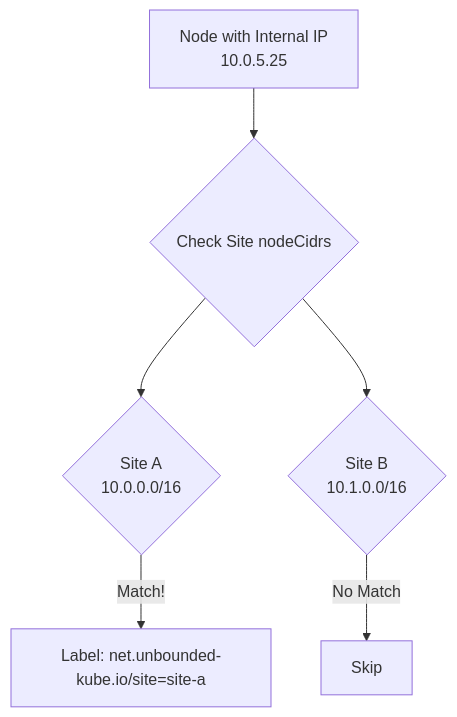
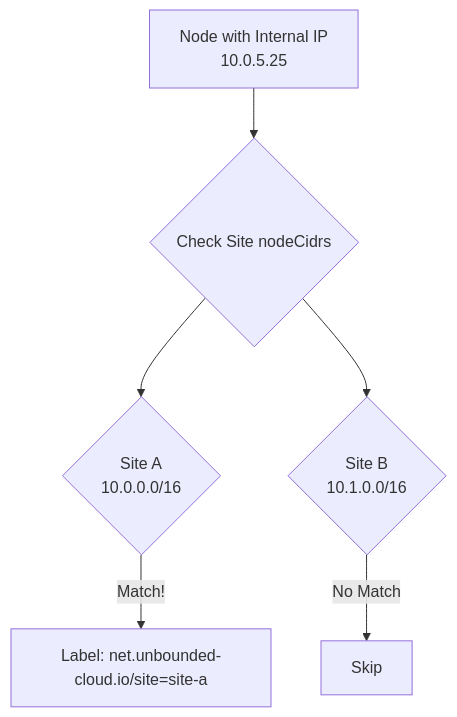
The first of 6 diagrams in docs/net/custom-resources.md (Azure/unbounded), drawn with Mermaid before and after one commit. The commit also changed other lines of this file and 104 other files, not shown here.

First line of the commit message:
Rename CRD group from unbounded-kube.io to unbounded-cloud.io (#80)

````diff
--- a/docs/net/custom-resources.md
+++ b/docs/net/custom-resources.md
@@ -133,8 +133,8 @@
 ```mermaid
 flowchart TD
     N[Node with Internal IP<br/>10.0.5.25] --> C{Check Site nodeCidrs}
     C --> S1{Site A<br/>10.0.0.0/16}
     C --> S2{Site B<br/>10.1.0.0/16}
-    S1 -->|Match!| L[Label: net.unbounded-kube.io/site=site-a]
+    S1 -->|Match!| L[Label: net.unbounded-cloud.io/site=site-a]
     S2 -->|No Match| X[Skip]
 ```
````
